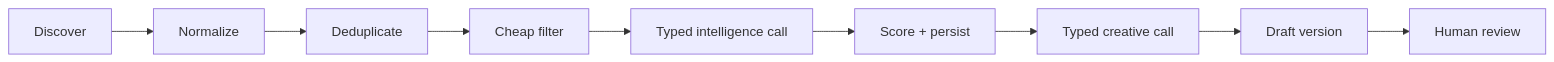
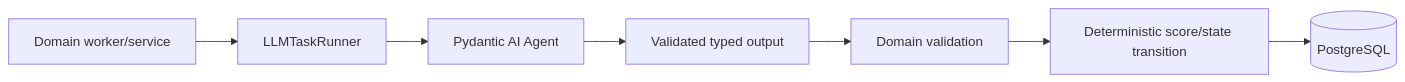
Before and after one commit to harihkim/aptori_outreach: the diagram in social_intelligence_markdown/docs/architecture/agents.md, drawn with Mermaid. The commit also changed other lines of this file and 37 other files, not shown here.

````diff
--- a/social_intelligence_markdown/docs/architecture/agents.md
+++ b/social_intelligence_markdown/docs/architecture/agents.md
@@ -8,11 +24,9 @@
 ```mermaid
 flowchart LR
-    D[Discover] --> N[Normalize]
-    N --> X[Deduplicate]
-    X --> F[Cheap filter]
-    F --> A[Typed intelligence call]
-    A --> S[Score + persist]
-    S --> G[Typed creative call]
-    G --> V[Draft version]
-    V --> H[Human review]
+    W[Domain worker/service] --> R[LLMTaskRunner]
+    R --> A[Pydantic AI Agent]
+    A --> V[Validated typed output]
+    V --> D[Domain validation]
+    D --> S[Deterministic score/state transition]
+    S --> P[(PostgreSQL)]
 ```
````
